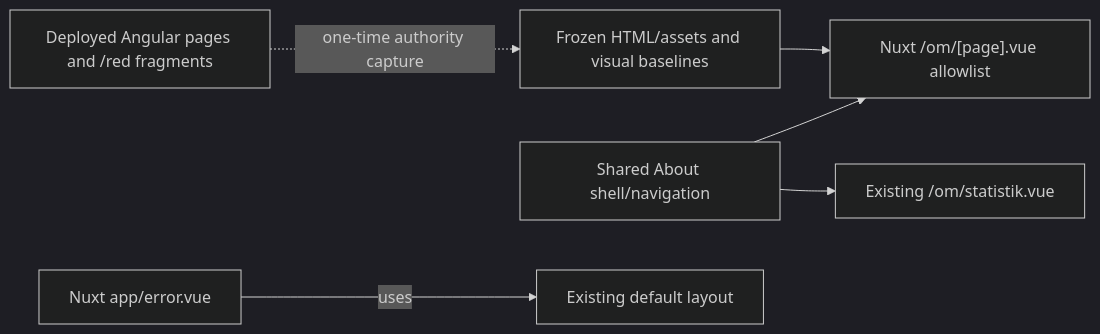
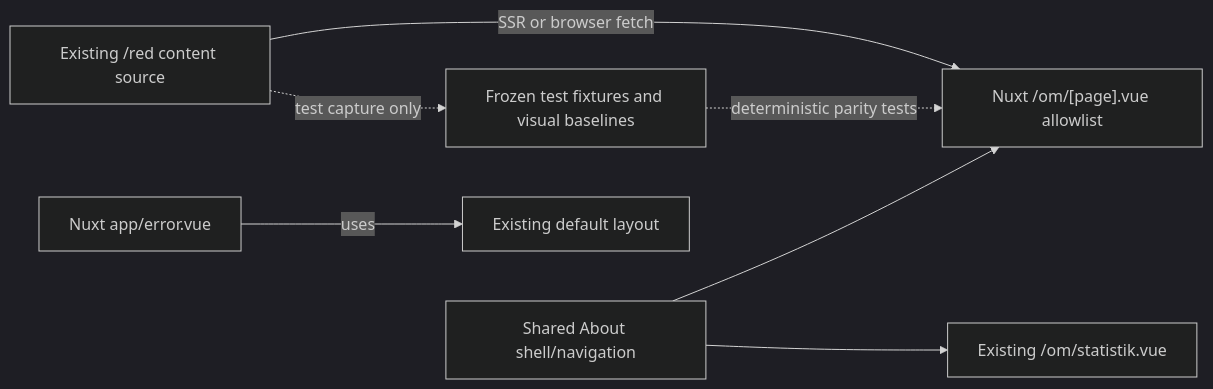
One commit to Litteraturbanken/littb-frontend changed the diagram in docs/superpowers/specs/2026-07-16-nuxt-about-static-pages-design.md. Above: the diagram before and after it, drawn with Mermaid (dark theme). The commit also changed other lines of this file, not shown here.

Commit message:
docs: preserve runtime about content source

````diff
--- a/docs/superpowers/specs/2026-07-16-nuxt-about-static-pages-design.md
+++ b/docs/superpowers/specs/2026-07-16-nuxt-about-static-pages-design.md
@@ -93,15 +93,16 @@
 ```mermaid
 flowchart LR
-    Authority["Deployed Angular pages and /red fragments"]
-    Capture["Frozen HTML/assets and visual baselines"]
+    Content["Existing /red content source"]
+    Fixtures["Frozen test fixtures and visual baselines"]
     DynamicPage["Nuxt /om/[page].vue allowlist"]
     AboutShell["Shared About shell/navigation"]
     Stats["Existing /om/statistik.vue"]
     ErrorPage["Nuxt app/error.vue"]
 
-    Authority -. "one-time authority capture" .-> Capture
-    Capture --> DynamicPage
+    Content -->|"SSR or browser fetch"| DynamicPage
+    Content -. "test capture only" .-> Fixtures
+    Fixtures -. "deterministic parity tests" .-> DynamicPage
     AboutShell --> DynamicPage
     AboutShell --> Stats
     ErrorPage -->|"uses"| DefaultLayout["Existing default layout"]
 ```
````
